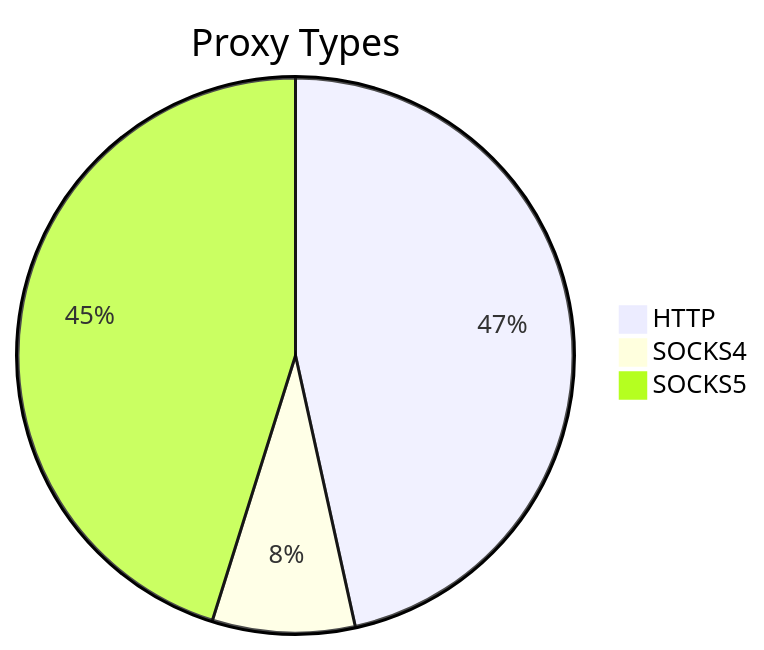
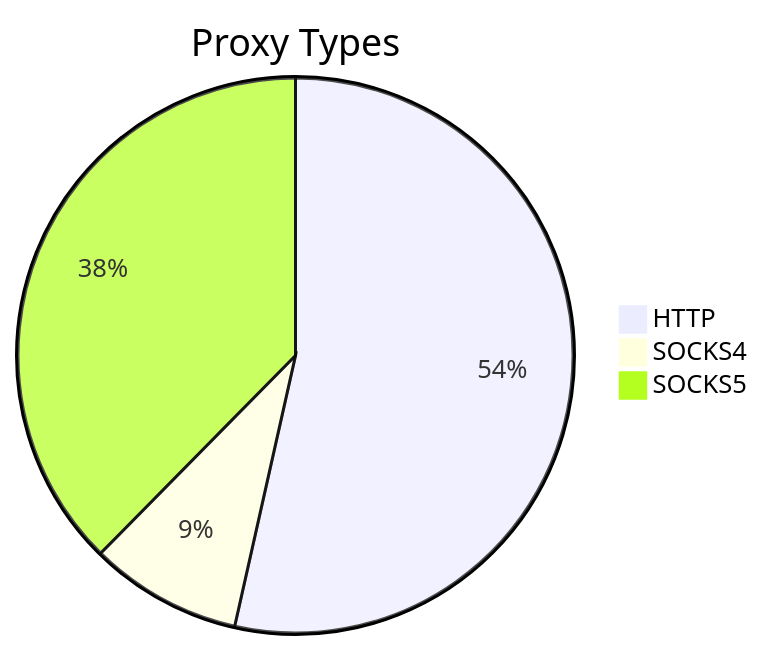
One commit to stormsia/proxy-list changed the first of 2 diagrams in README.md. Above: the diagram before and after it, drawn with Mermaid. The commit also changed other lines of this file, not shown here.

````diff
--- a/README.md
+++ b/README.md
@@ -21,6 +21,6 @@
 ```mermaid
 pie title Proxy Types
-    "HTTP" : 202
-    "SOCKS4" : 36
-    "SOCKS5" : 196
+    "HTTP" : 175
+    "SOCKS4" : 29
+    "SOCKS5" : 123
 ```
````
